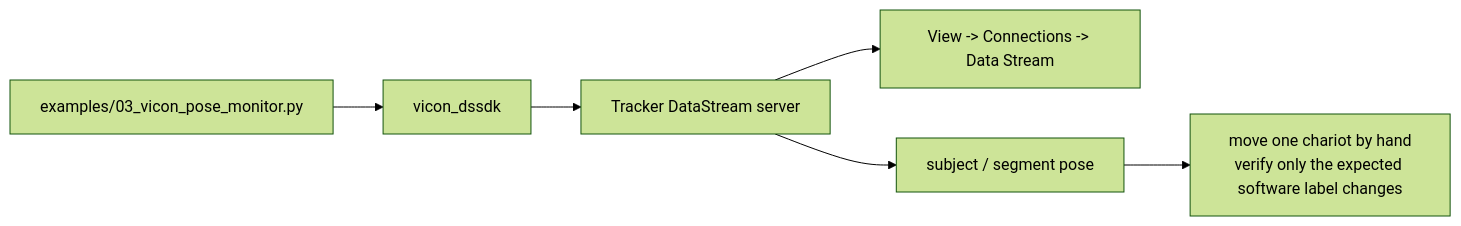
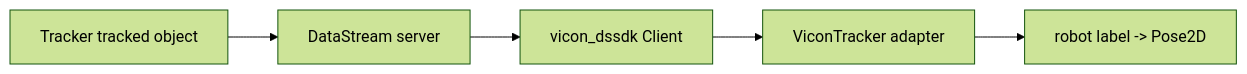
One commit to RV-crtl/sphero-vicon-swarm changed the diagram in docs/vicon-tracker-ui-guide.md. Above: the diagram before and after it, drawn with Mermaid (forest theme). The commit also changed other lines of this file, not shown here.

Commit message:
docs: rebuild Tracker guide as exact real-UI screenshot atlas

````diff
--- a/docs/vicon-tracker-ui-guide.md
+++ b/docs/vicon-tracker-ui-guide.md
@@ -207,8 +264,7 @@
-```mermaid
+~~~mermaid
 flowchart LR
-    PY["examples/03_vicon_pose_monitor.py"] --> SDK["vicon_dssdk"]
-    SDK --> DS["Tracker DataStream server"]
-    DS --> UI["View -> Connections -> Data Stream"]
-    DS --> POSE["subject / segment pose"]
-    POSE --> CHECK["move one chariot by hand<br/>verify only the expected software label changes"]
-```
+    A["Tracker tracked object"] --> B["DataStream server"]
+    B --> C["vicon_dssdk Client"]
+    C --> D["ViconTracker adapter"]
+    D --> E["robot label -> Pose2D"]
+~~~
````
